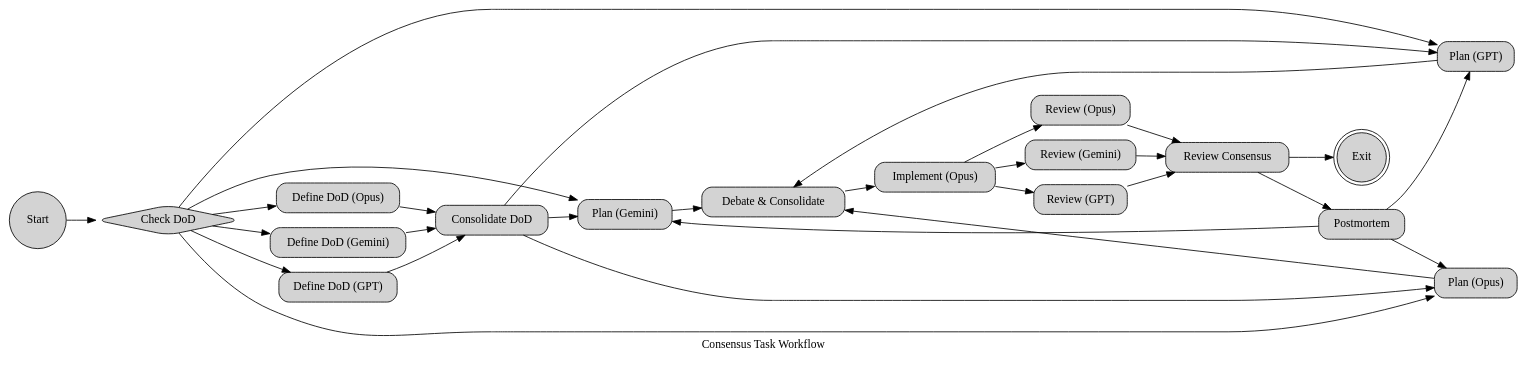
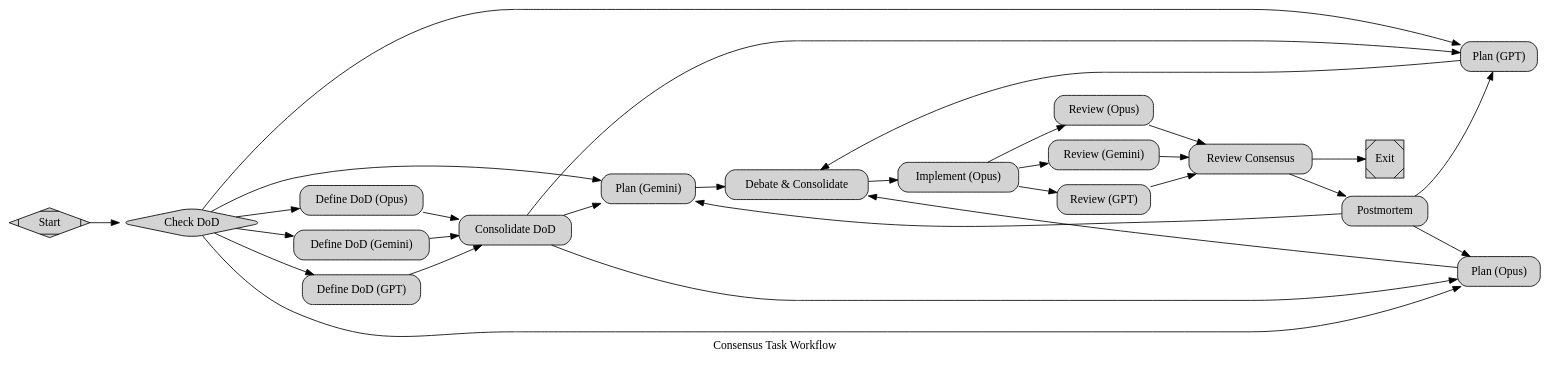
Before and after one commit to michaelbernstein/kilroy: the diagram in docs/strongdm/dot specs/consensus_task.dot, drawn with Graphviz. The commit also changed 2 other files, not shown here.

```diff
--- a/docs/strongdm/dot specs/consensus_task.dot
+++ b/docs/strongdm/dot specs/consensus_task.dot
@@ -1,158 +1,158 @@
 digraph Workflow {
   graph [
     label="Consensus Task Workflow",
     goal="$task",
     rankdir="LR",
     context_fidelity_default="truncate",
     context_thread_default="consensus-task",
     default_max_retry="3",
     retry_target="CheckDoD",
     fallback_retry_target="Start"
   ];
 
   Start [
-    node_type="start", label="Start", shape="circle", style="rounded,filled",
-    is_codergen="true", llm_provider="openai", llm_model="gpt-5.3-codex",
+    node_type="start", label="Start", shape="Mdiamond", style="rounded,filled",
+    is_codergen="true", llm_provider="openai", llm_model="gpt-5.2-codex",
     max_agent_turns="4", timeout="300"
   ];
 
   CheckDoD [
     node_type="stack.steer", label="Check DoD", shape="diamond", style="rounded,filled",
-    is_codergen="true", llm_provider="openai", llm_model="gpt-5.3-codex",
+    is_codergen="true", llm_provider="openai", llm_model="gpt-5.2-codex",
     max_agent_turns="2", timeout="120",
     llm_prompt="Check if definition of done provided.\n\nTASK: $task\nDOD: $definition_of_done\n\nWrite status.json with outcome=needs_dod if DOD is empty or just a placeholder, else outcome=has_dod if a real DOD was provided."
   ];
 
   DefineDoD_Gemini [
     node_type="stack.observe", label="Define DoD (Gemini)", shape="box", style="rounded,filled",
-    is_codergen="true", llm_provider="openai", llm_model="gpt-5.3-codex",
+    is_codergen="true", llm_provider="openai", llm_model="gpt-5.2-codex",
     max_agent_turns="6", timeout="300",
     llm_prompt="Propose definition of done.\n\nTASK: $task\n\nWrite to .ai/dod_gemini.md"
   ];
 
   DefineDoD_GPT [
     node_type="stack.observe", label="Define DoD (GPT)", shape="box", style="rounded,filled",
-    is_codergen="true", llm_provider="openai", llm_model="gpt-5.3-codex",
+    is_codergen="true", llm_provider="openai", llm_model="gpt-5.2-codex",
     max_agent_turns="6", timeout="300", reasoning_effort="high",
     llm_prompt="Propose definition of done.\n\nTASK: $task\n\nWrite to .ai/dod_gpt.md"
   ];
 
   DefineDoD_Opus [
     node_type="stack.observe", label="Define DoD (Opus)", shape="box", style="rounded,filled",
-    is_codergen="true", llm_provider="openai", llm_model="gpt-5.3-codex",
+    is_codergen="true", llm_provider="openai", llm_model="gpt-5.2-codex",
     max_agent_turns="6", timeout="300",
     llm_prompt="Propose definition of done.\n\nTASK: $task\n\nWrite to .ai/dod_opus.md"
   ];
 
   ConsolidateDoD [
     node_type="stack.observe", label="Consolidate DoD", shape="box", style="rounded,filled",
-    is_codergen="true", llm_provider="openai", llm_model="gpt-5.3-codex",
+    is_codergen="true", llm_provider="openai", llm_model="gpt-5.2-codex",
     max_agent_turns="8", timeout="420",
     llm_prompt="Synthesize three DoD proposals.\n\nTASK: $task\n\nRead .ai/dod_*.md, write consensus to .ai/definition_of_done.md"
   ];
 
   PlanGemini [
     node_type="stack.observe", label="Plan (Gemini)", shape="box", style="rounded,filled",
-    is_codergen="true", llm_provider="openai", llm_model="gpt-5.3-codex",
+    is_codergen="true", llm_provider="openai", llm_model="gpt-5.2-codex",
     max_agent_turns="8", timeout="420",
     llm_prompt="Create implementation plan.\n\nTASK: $task\nDOD: .ai/definition_of_done.md or $definition_of_done\n\nWrite to .ai/plan_gemini.md"
   ];
 
   PlanGPT [
     node_type="stack.observe", label="Plan (GPT)", shape="box", style="rounded,filled",
-    is_codergen="true", llm_provider="openai", llm_model="gpt-5.3-codex",
+    is_codergen="true", llm_provider="openai", llm_model="gpt-5.2-codex",
     max_agent_turns="8", timeout="420", reasoning_effort="high",
     llm_prompt="Create implementation plan.\n\nTASK: $task\nDOD: .ai/definition_of_done.md or $definition_of_done\n\nWrite to .ai/plan_gpt.md"
   ];
 
   PlanOpus [
     node_type="stack.observe", label="Plan (Opus)", shape="box", style="rounded,filled",
-    is_codergen="true", llm_provider="openai", llm_model="gpt-5.3-codex",
+    is_codergen="true", llm_provider="openai", llm_model="gpt-5.2-codex",
     max_agent_turns="8", timeout="420",
     llm_prompt="Create implementation plan.\n\nTASK: $task\nDOD: .ai/definition_of_done.md or $definition_of_done\n\nWrite to .ai/plan_opus.md"
   ];
 
   DebateConsolidate [
     node_type="stack.observe", label="Debate & Consolidate", shape="box", style="rounded,filled",
-    is_codergen="true", llm_provider="openai", llm_model="gpt-5.3-codex",
+    is_codergen="true", llm_provider="openai", llm_model="gpt-5.2-codex",
     max_agent_turns="10", timeout="600",
     llm_prompt="Synthesize three plans.\n\nTASK: $task\n\nRead .ai/plan_*.md, write final to .ai/plan_final.md"
   ];
 
   Implement [
     node_type="stack.observe", label="Implement (Opus)", shape="box", style="rounded,filled",
-    is_codergen="true", allow_partial="true", llm_provider="openai", llm_model="gpt-5.3-codex",
+    is_codergen="true", allow_partial="true", llm_provider="openai", llm_model="gpt-5.2-codex",
     max_agent_turns="25", timeout="1200",
     llm_prompt="Execute plan.\n\nTASK: $task\n\nFollow .ai/plan_final.md. Log to .ai/implementation_log.md"
   ];
 
   ReviewGemini [
     node_type="stack.observe", label="Review (Gemini)", shape="box", style="rounded,filled",
-    is_codergen="true", llm_provider="openai", llm_model="gpt-5.3-codex",
+    is_codergen="true", llm_provider="openai", llm_model="gpt-5.2-codex",
     max_agent_turns="6", timeout="300",
     llm_prompt="Review implementation.\n\nTASK: $task\n\nWrite to .ai/review_gemini.md with PASS/FAIL"
   ];
 
   ReviewGPT [
     node_type="stack.observe", label="Review (GPT)", shape="box", style="rounded,filled",
-    is_codergen="true", llm_provider="openai", llm_model="gpt-5.3-codex",
+    is_codergen="true", llm_provider="openai", llm_model="gpt-5.2-codex",
     max_agent_turns="6", timeout="300", reasoning_effort="high",
     llm_prompt="Review implementation.\n\nTASK: $task\n\nWrite to .ai/review_gpt.md with PASS/FAIL"
   ];
 
   ReviewOpus [
     node_type="stack.observe", label="Review (Opus)", shape="box", style="rounded,filled",
-    is_codergen="true", llm_provider="openai", llm_model="gpt-5.3-codex",
+    is_codergen="true", llm_provider="openai", llm_model="gpt-5.2-codex",
     max_agent_turns="6", timeout="300",
     llm_prompt="Review implementation.\n\nTASK: $task\n\nWrite to .ai/review_opus.md with PASS/FAIL"
   ];
 
   ReviewConsensus [
     node_type="stack.steer", label="Review Consensus", shape="box", style="rounded,filled",
-    is_codergen="true", llm_provider="openai", llm_model="gpt-5.3-codex",
+    is_codergen="true", llm_provider="openai", llm_model="gpt-5.2-codex",
     max_agent_turns="6", timeout="300",
     llm_prompt="Reach consensus.\n\nRead .ai/review_*.md\nWrite to .ai/review_consensus.md\n\noutcome=yes if PASS, outcome=retry if FAIL. Set preferred_next_label to \"\" (empty) or to \"yes\"/\"retry\"; do not use \"No\"."
   ];
 
   Postmortem [
     node_type="stack.observe", label="Postmortem", shape="box", style="rounded,filled",
-    is_codergen="true", llm_provider="openai", llm_model="gpt-5.3-codex",
+    is_codergen="true", llm_provider="openai", llm_model="gpt-5.2-codex",
     max_agent_turns="8", timeout="420",
     llm_prompt="Failure postmortem.\n\nTASK: $task\n\nWrite to .ai/postmortem_NN.md"
   ];
 
   Exit [
-    node_type="exit", label="Exit", shape="doublecircle", style="rounded,filled",
-    is_codergen="true", llm_provider="openai", llm_model="gpt-5.3-codex",
+    node_type="exit", label="Exit", shape="Msquare", style="rounded,filled",
+    is_codergen="true", llm_provider="openai", llm_model="gpt-5.2-codex",
     max_agent_turns="4", timeout="120"
   ];
 
   Start -> CheckDoD;
   CheckDoD -> DefineDoD_Gemini [condition="outcome=needs_dod"];
   CheckDoD -> DefineDoD_GPT [condition="outcome=needs_dod"];
   CheckDoD -> DefineDoD_Opus [condition="outcome=needs_dod"];
   CheckDoD -> PlanGemini [condition="outcome=has_dod"];
   CheckDoD -> PlanGPT [condition="outcome=has_dod"];
   CheckDoD -> PlanOpus [condition="outcome=has_dod"];
   DefineDoD_Gemini -> ConsolidateDoD;
   DefineDoD_GPT -> ConsolidateDoD;
   DefineDoD_Opus -> ConsolidateDoD;
   ConsolidateDoD -> PlanGemini;
   ConsolidateDoD -> PlanGPT;
   ConsolidateDoD -> PlanOpus;
   PlanGemini -> DebateConsolidate;
   PlanGPT -> DebateConsolidate;
   PlanOpus -> DebateConsolidate;
   DebateConsolidate -> Implement;
   Implement -> ReviewGemini;
   Implement -> ReviewGPT;
   Implement -> ReviewOpus;
   ReviewGemini -> ReviewConsensus;
   ReviewGPT -> ReviewConsensus;
   ReviewOpus -> ReviewConsensus;
   ReviewConsensus -> Exit [condition="outcome=yes"];
-  ReviewConsensus -> Postmortem [condition="outcome=retry"];
+  ReviewConsensus -> Postmortem;
   Postmortem -> PlanGemini [loop_restart="true"];
   Postmortem -> PlanGPT [loop_restart="true"];
   Postmortem -> PlanOpus [loop_restart="true"];
 }
```
